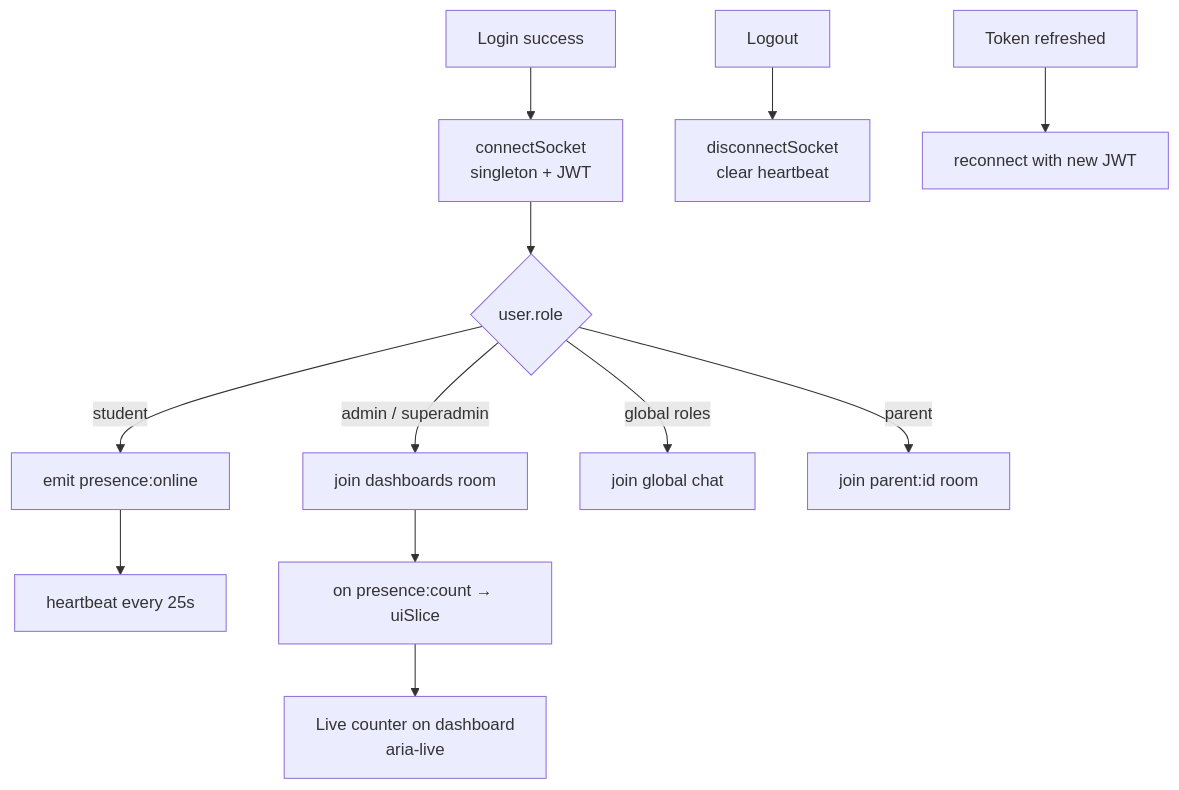
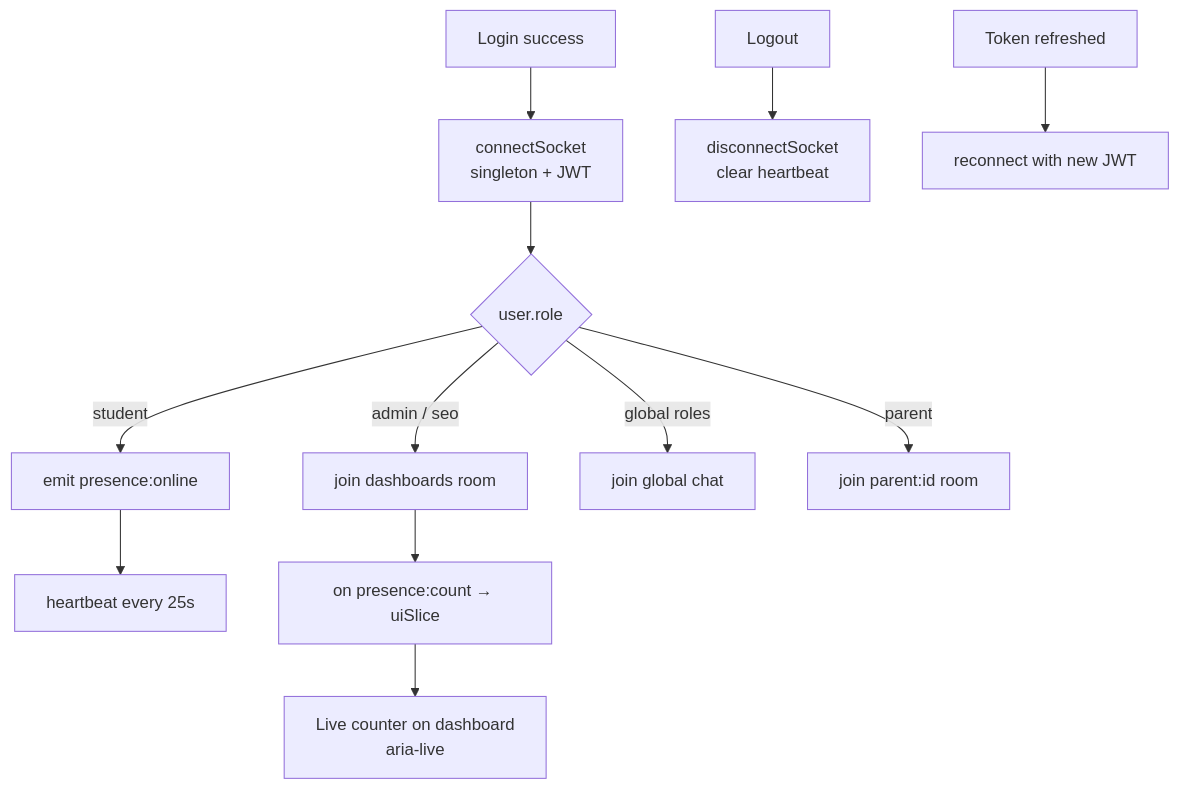
Before and after one commit to Azizbek0010/LevelUP_academy: the fourth of 7 diagrams in docs/diagrams/Frontend-Architecture-Diagrams.md, drawn with Mermaid. The commit also changed other lines of this file and 135 other files, not shown here.

````diff
--- a/docs/diagrams/Frontend-Architecture-Diagrams.md
+++ b/docs/diagrams/Frontend-Architecture-Diagrams.md
@@ -97,18 +97,18 @@
 ```mermaid
 flowchart TD
     LOGIN[Login success] --> CS[connectSocket<br/>singleton + JWT]
     CS --> ROLE{user.role}
 
     ROLE -- student --> PO[emit presence:online]
     PO --> HB[heartbeat every 25s]
 
-    ROLE -- admin / superadmin --> DASH[join dashboards room]
+    ROLE -- admin / seo --> DASH[join dashboards room]
     DASH --> CNT[on presence:count → uiSlice]
     CNT --> UI[Live counter on dashboard<br/>aria-live]
 
     ROLE -- global roles --> GJ[join global chat]
     ROLE -- parent --> PJ[join parent:id room]
 
     LOGOUT[Logout] --> DS[disconnectSocket<br/>clear heartbeat]
     REFRESH[Token refreshed] --> RC[reconnect with new JWT]
 ```
````
